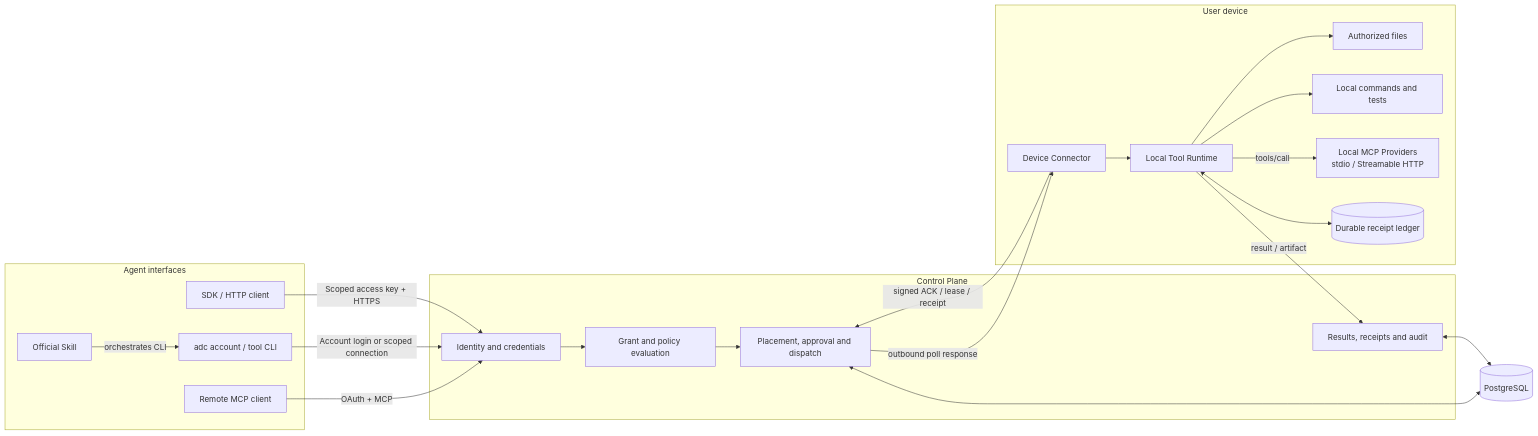
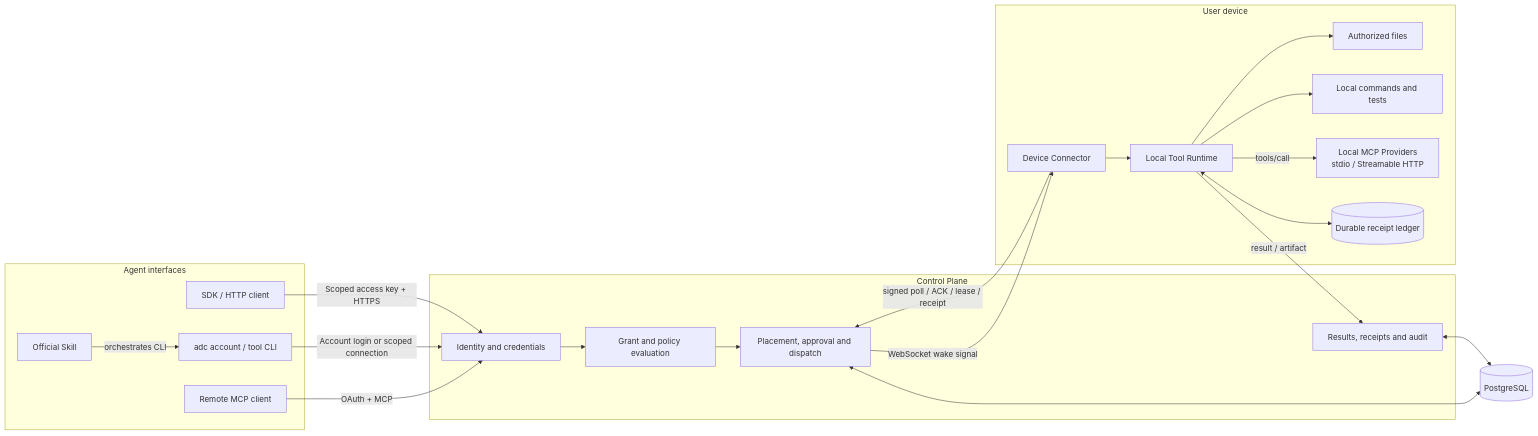
The first of 9 diagrams in docs/system-architecture.md (2812427914/agent-device-cloud), drawn with Mermaid before and after one commit. The commit also changed other lines of this file and 30 other files, not shown here.

Commit message:
feat: add WebSocket task wakeups

````diff
--- a/docs/system-architecture.md
+++ b/docs/system-architecture.md
@@ -8,44 +8,44 @@
 ```mermaid
 flowchart LR
   subgraph Interfaces["Agent interfaces"]
     MCP["Remote MCP client"]
     CLI["adc account / tool CLI"]
     SKILL["Official Skill"]
     SDK["SDK / HTTP client"]
   end
 
   subgraph Cloud["Control Plane"]
     AUTH["Identity and credentials"]
     POLICY["Grant and policy evaluation"]
     ROUTER["Placement, approval and dispatch"]
     AUDIT["Results, receipts and audit"]
   end
 
   DB[("PostgreSQL")]
 
   subgraph Device["User device"]
     NODE["Device Connector"]
     RUNTIME["Local Tool Runtime"]
     FILES["Authorized files"]
     TOOLS["Local commands and tests"]
     MCPPROVIDERS["Local MCP Providers<br/>stdio / Streamable HTTP"]
     LEDGER[("Durable receipt ledger")]
   end
 
   MCP -->|"OAuth + MCP"| AUTH
   CLI -->|"Account login or scoped connection"| AUTH
   SKILL -->|"orchestrates CLI"| CLI
   SDK -->|"Scoped access key + HTTPS"| AUTH
   AUTH --> POLICY
   POLICY --> ROUTER
   ROUTER <--> DB
   AUDIT <--> DB
-  ROUTER -->|"outbound poll response"| NODE
-  NODE -->|"signed ACK / lease / receipt"| ROUTER
+  ROUTER -->|"WebSocket wake signal"| NODE
+  NODE -->|"signed poll / ACK / lease / receipt"| ROUTER
   NODE --> RUNTIME
   RUNTIME --> FILES
   RUNTIME --> TOOLS
   RUNTIME -->|"tools/call"| MCPPROVIDERS
   RUNTIME <--> LEDGER
   RUNTIME -->|"result / artifact"| AUDIT
 ```
````
